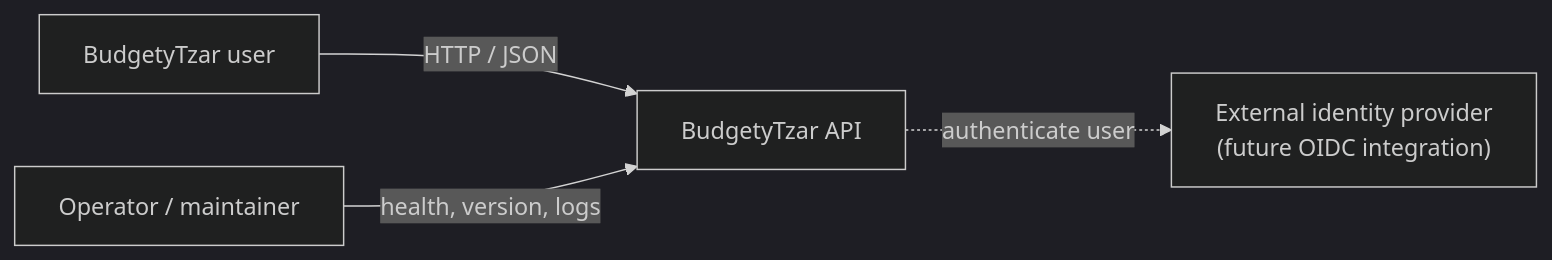
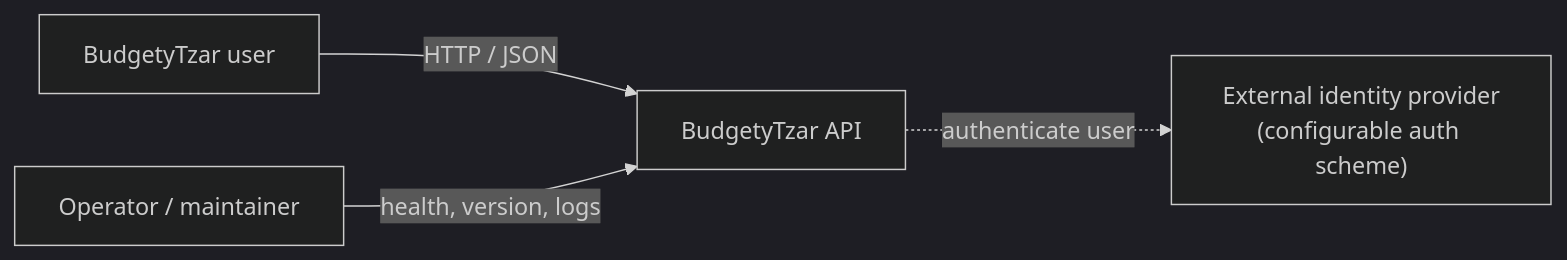
One commit to kierondye/BudgetyTzar changed the first of 5 diagrams in docs/architecture.md. Above: the diagram before and after it, drawn with Mermaid (dark theme). The commit also changed other lines of this file and 14 other files, not shown here.

````diff
--- a/docs/architecture.md
+++ b/docs/architecture.md
@@ -13,11 +13,11 @@
 ```mermaid
 flowchart LR
     user["BudgetyTzar user"]
     operator["Operator / maintainer"]
-    identity["External identity provider<br/>(future OIDC integration)"]
+    identity["External identity provider<br/>(configurable auth scheme)"]
     app["BudgetyTzar API"]
 
     user -->|"HTTP / JSON"| app
     app -.->|"authenticate user"| identity
     operator -->|"health, version, logs"| app
 ```
````
